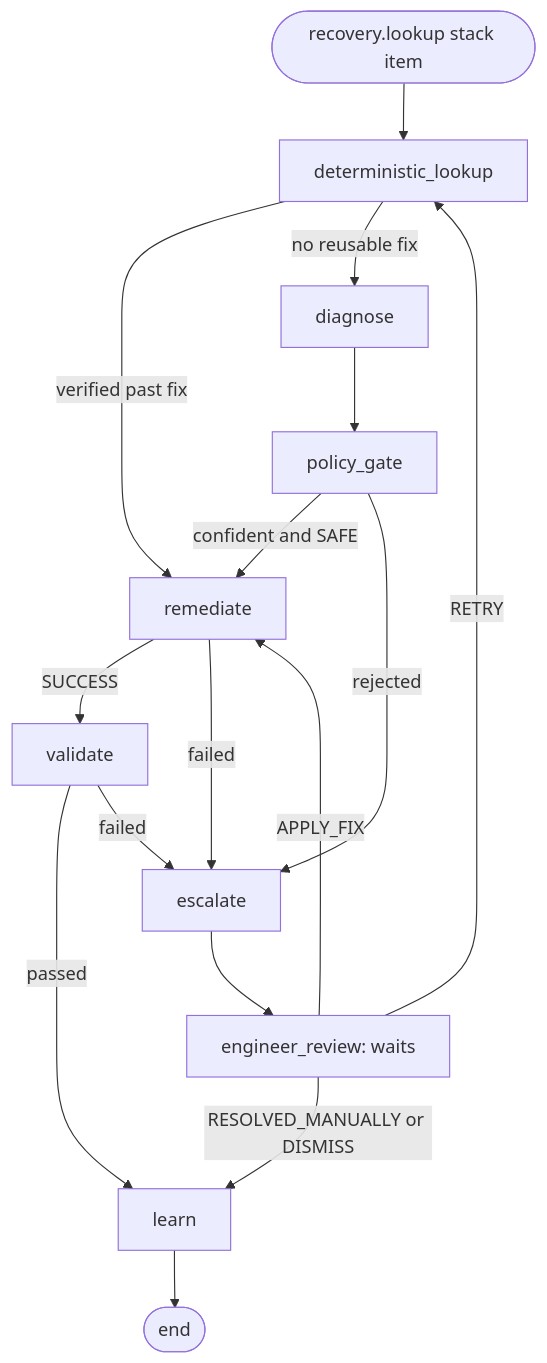
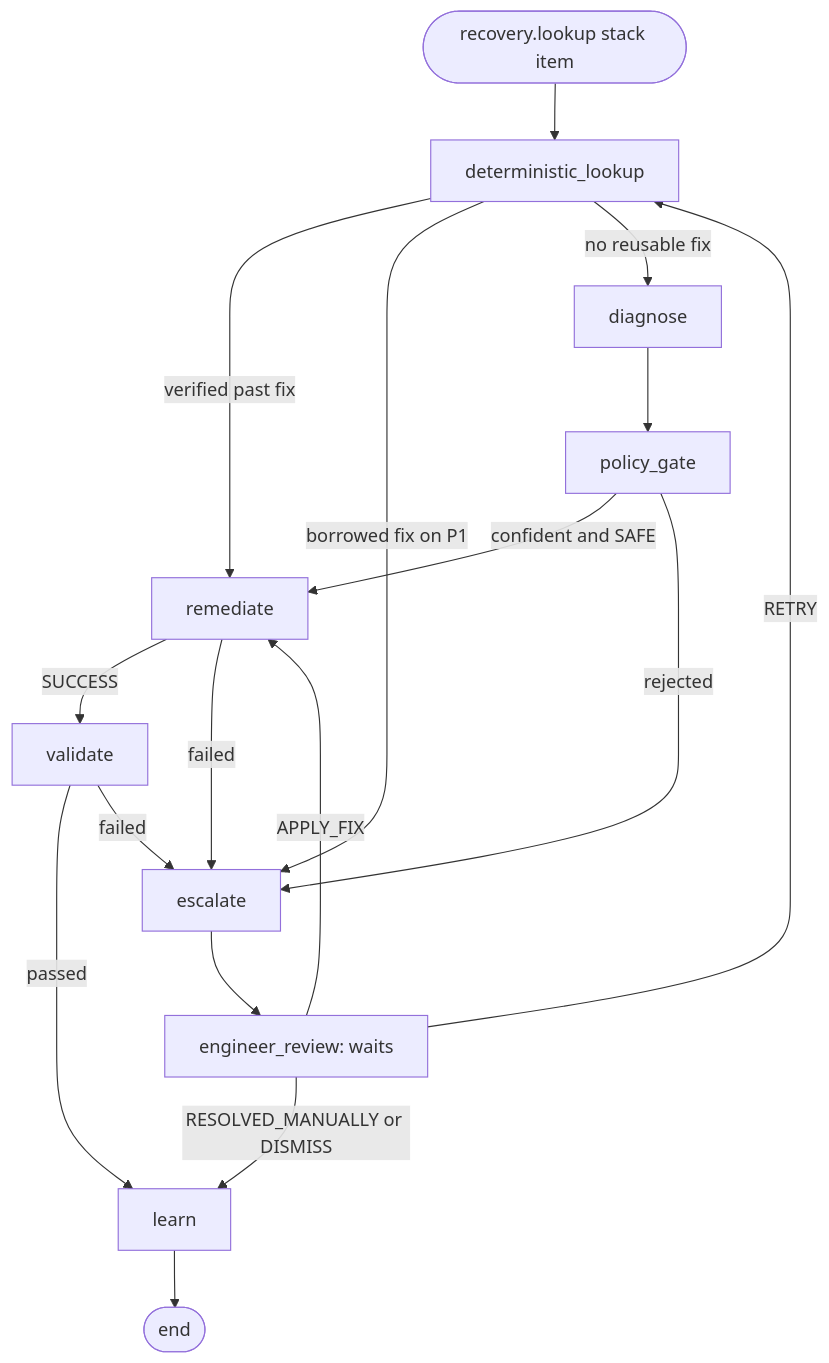
One commit to Shxnxz/self-healing-pipeline changed the diagram in agent/README.md. Above: the diagram before and after it, drawn with Mermaid. The commit also changed other lines of this file and 6 other files, not shown here.

````diff
--- a/agent/README.md
+++ b/agent/README.md
@@ -34,18 +34,19 @@
 ```mermaid
 flowchart TD
     S([recovery.lookup stack item]) --> L[deterministic_lookup]
     L -- verified past fix --> R[remediate]
+    L -- borrowed fix on P1 --> E
     L -- no reusable fix --> D[diagnose]
     D --> G[policy_gate]
     G -- confident and SAFE --> R
     G -- rejected --> E[escalate]
     R -- SUCCESS --> V[validate]
     R -- failed --> E
     V -- passed --> N[learn]
     V -- failed --> E
     E --> H[engineer_review: waits]
     H -- APPLY_FIX --> R
     H -- RETRY --> L
     H -- RESOLVED_MANUALLY or DISMISS --> N
     N --> F([end])
 ```
````
